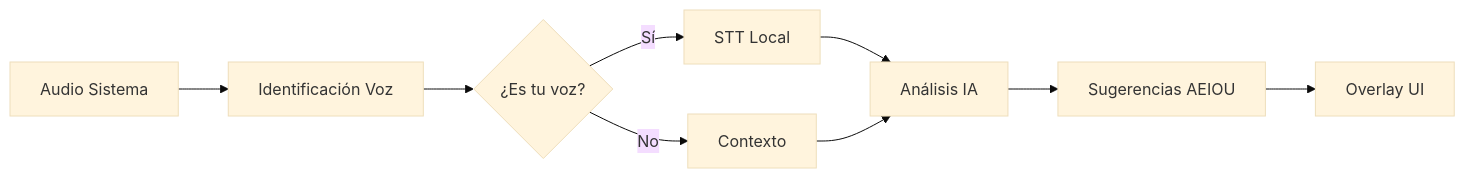
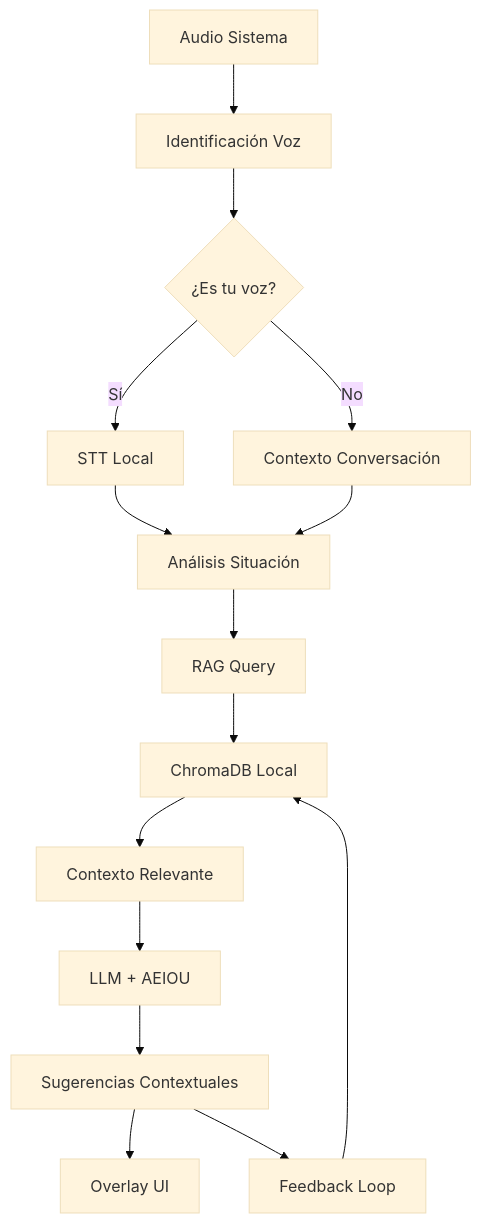
Before and after one commit to reyer3/ai-meeting-assistant-lean: the diagram in README.md, drawn with Mermaid (base theme). The commit also changed other lines of this file, not shown here.

Commit message:
Update README: Add RAG local integration with ChromaDB for knowledge base

````diff
--- a/README.md
+++ b/README.md
@@ -29,11 +32,17 @@
 ```mermaid
-graph LR
+graph TB
     A[Audio Sistema] --> B[Identificación Voz]
     B --> C{¿Es tu voz?}
     C -->|Sí| D[STT Local]
-    C -->|No| E[Contexto]
-    D --> F[Análisis IA]
+    C -->|No| E[Contexto Conversación]
+    D --> F[Análisis Situación]
     E --> F
-    F --> G[Sugerencias AEIOU]
-    G --> H[Overlay UI]
+    F --> G[RAG Query]
+    G --> H[ChromaDB Local]
+    H --> I[Contexto Relevante]
+    I --> J[LLM + AEIOU]
+    J --> K[Sugerencias Contextuales]
+    K --> L[Overlay UI]
+    K --> M[Feedback Loop]
+    M --> H
 ```
````
